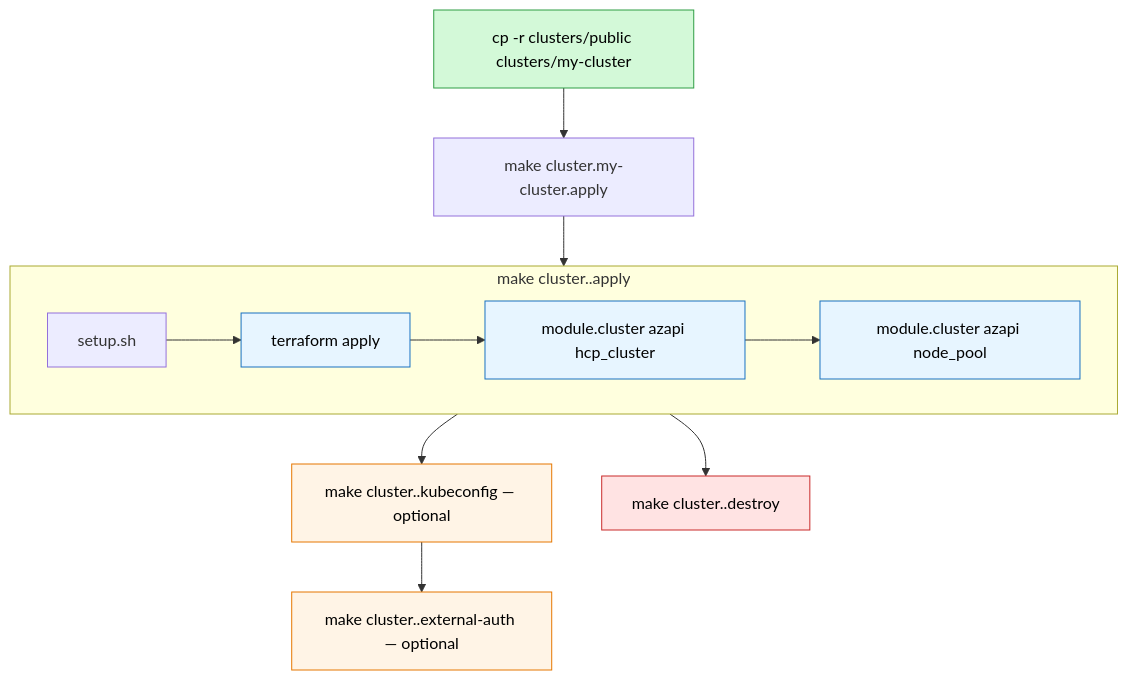
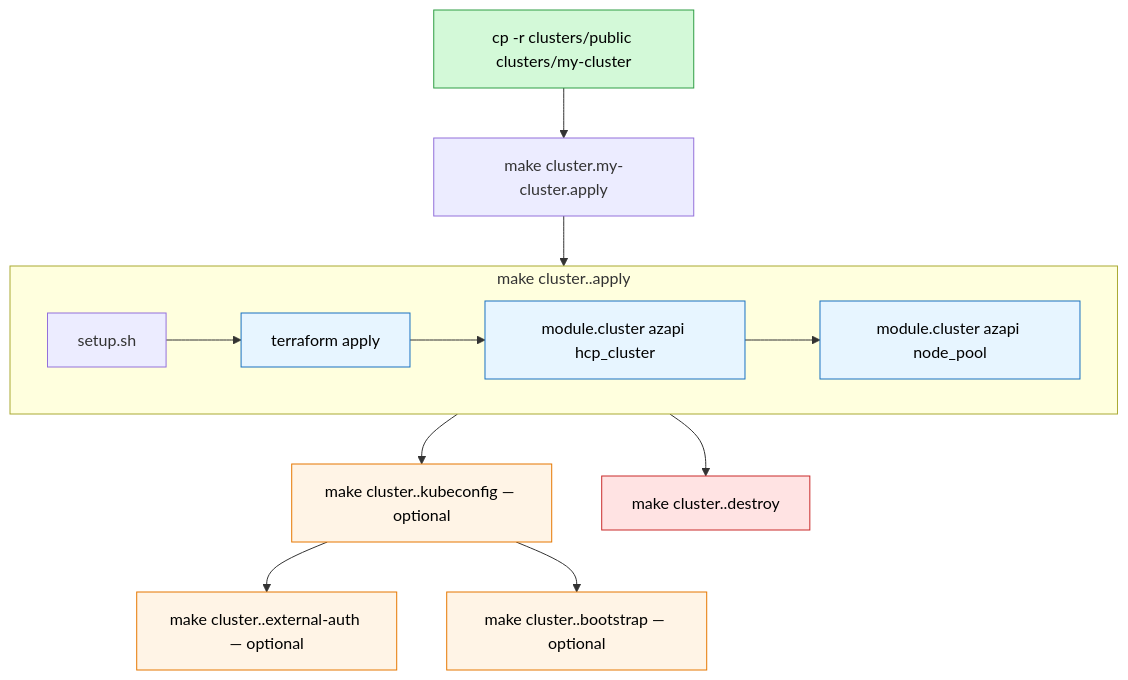
One commit to rh-mobb/aro-hcp changed the second of 13 diagrams in docs/architecture.md. Above: the diagram before and after it, drawn with Mermaid. The commit also changed other lines of this file and 59 other files, not shown here.

First line of the commit message:
feat(gitops): bootstrap OpenShift GitOps, pull secret, and ESO

````diff
--- a/docs/architecture.md
+++ b/docs/architecture.md
@@ -85,26 +86,27 @@
 ```mermaid
 flowchart TB
     start["cp -r clusters/public clusters/my-cluster"] --> all["make cluster.my-cluster.apply"]
 
     subgraph allSteps["make cluster.<name>.apply"]
         setup["setup.sh"] --> apply["terraform apply"]
         apply --> cluster["module.cluster azapi hcp_cluster"]
         cluster --> nodepool["module.cluster azapi node_pool"]
     end
 
     all --> allSteps
     allSteps --> kube["make cluster.<name>.kubeconfig — optional"]
     kube --> auth["make cluster.<name>.external-auth — optional"]
+    kube --> gitops["make cluster.<name>.bootstrap — optional"]
     allSteps --> destroy["make cluster.<name>.destroy"]
 
     classDef fillStart fill:#d3f9d8,stroke:#2f9e44,color:#000
     classDef fillTf fill:#e7f5ff,stroke:#1971c2,color:#000
     classDef fillCli fill:#ffe8cc,stroke:#d9480f,color:#000
     classDef fillOpt fill:#fff4e6,stroke:#e67700,color:#000
     classDef fillDestroy fill:#ffe3e3,stroke:#c92a2a,color:#000
     class start fillStart
     class apply,cluster,nodepool fillTf
     class boot fillCli
-    class kube,auth fillOpt
+    class kube,auth,gitops fillOpt
     class destroy fillDestroy
 ```
````
